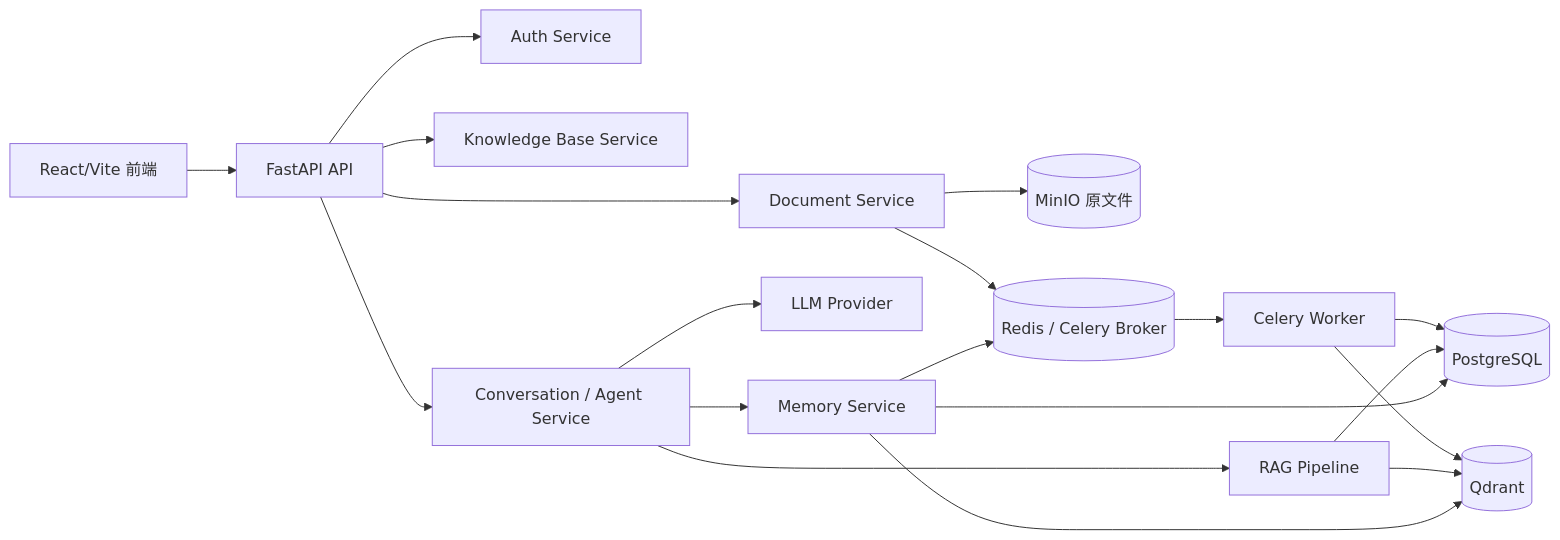
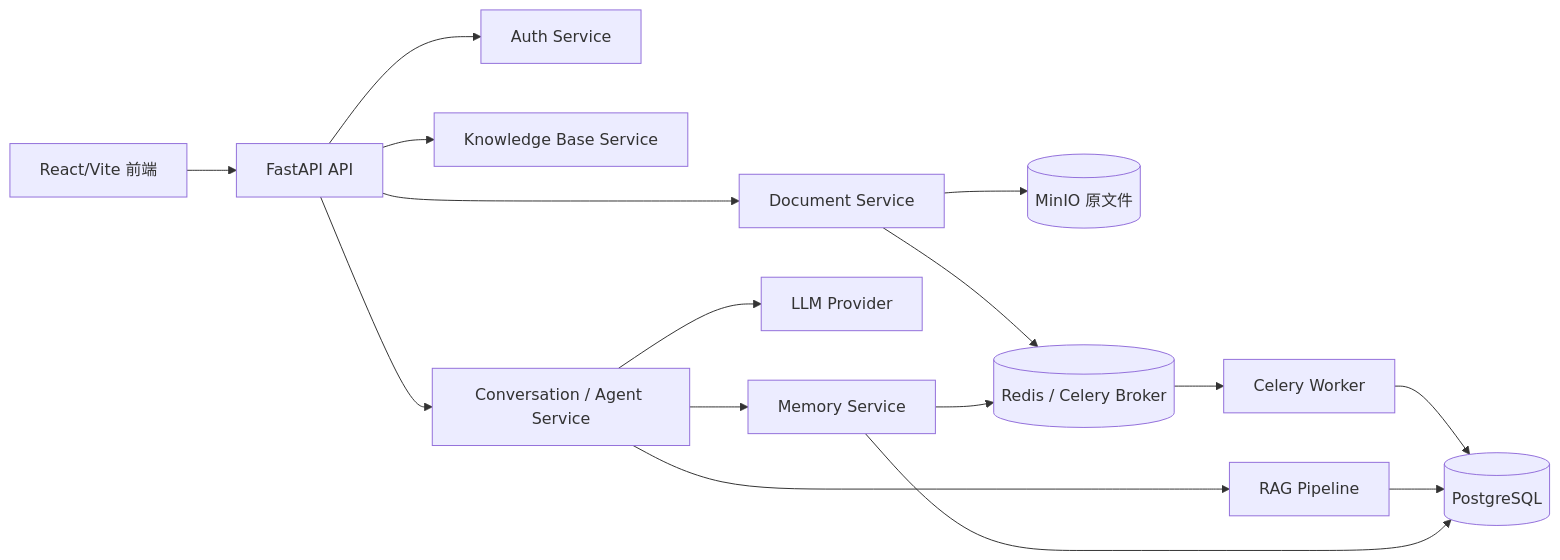
The first of 3 diagrams in docs/architecture_diagrams.md (ShuoLiu0603/knowledge-work-assistant), drawn with Mermaid before and after one commit. The commit also changed other lines of this file and 55 other files, not shown here.

````diff
--- a/docs/architecture_diagrams.md
+++ b/docs/architecture_diagrams.md
@@ -5,21 +5,18 @@
 ```mermaid
 flowchart LR
   FE[React/Vite 前端] --> API[FastAPI API]
   API --> AUTH[Auth Service]
   API --> KB[Knowledge Base Service]
   API --> DOC[Document Service]
   API --> CHAT[Conversation / Agent Service]
   DOC --> MINIO[(MinIO 原文件)]
   DOC --> REDIS[(Redis / Celery Broker)]
   REDIS --> WORKER[Celery Worker]
   WORKER --> PG[(PostgreSQL)]
-  WORKER --> QDRANT[(Qdrant)]
   CHAT --> RAG[RAG Pipeline]
   RAG --> PG
-  RAG --> QDRANT
   CHAT --> LLM[LLM Provider]
   CHAT --> MEMORY[Memory Service]
   MEMORY --> REDIS
   MEMORY --> PG
-  MEMORY --> QDRANT
 ```
````
